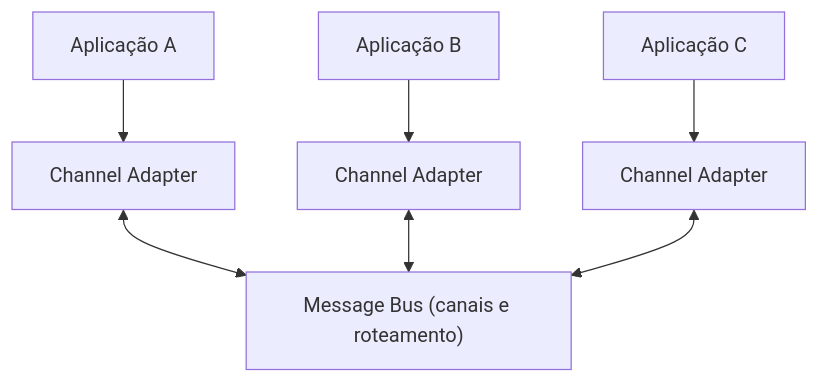
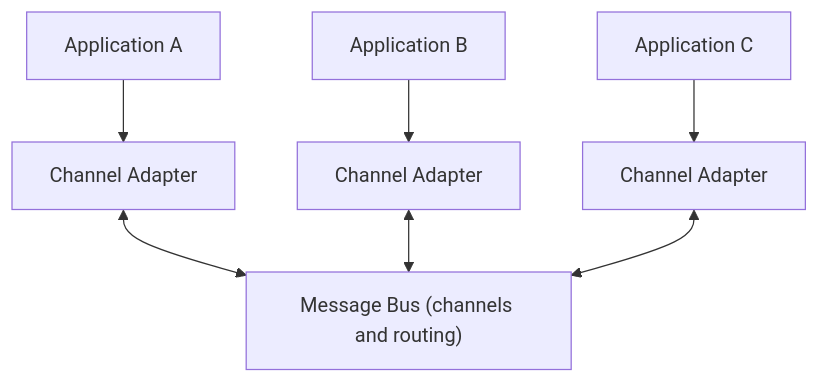
The diagram in docs/architecture/eip/messaging-channels/message-bus.md (alancesar/design-patterns), drawn with Mermaid before and after one commit. The commit also changed 258 other files, not shown here.

First line of the commit message:
Translate Mermaid diagrams to English

````diff
--- a/docs/architecture/eip/messaging-channels/message-bus.md
+++ b/docs/architecture/eip/messaging-channels/message-bus.md
@@ -56,9 +56,9 @@
 ```mermaid
 flowchart TD
-    A1["Aplicação A"] --> AD1["Channel Adapter"]
-    A2["Aplicação B"] --> AD2["Channel Adapter"]
-    A3["Aplicação C"] --> AD3["Channel Adapter"]
-    AD1 <--> BUS["Message Bus (canais e roteamento)"]
+    A1["Application A"] --> AD1["Channel Adapter"]
+    A2["Application B"] --> AD2["Channel Adapter"]
+    A3["Application C"] --> AD3["Channel Adapter"]
+    AD1 <--> BUS["Message Bus (channels and routing)"]
     AD2 <--> BUS
     AD3 <--> BUS
 ```
````
